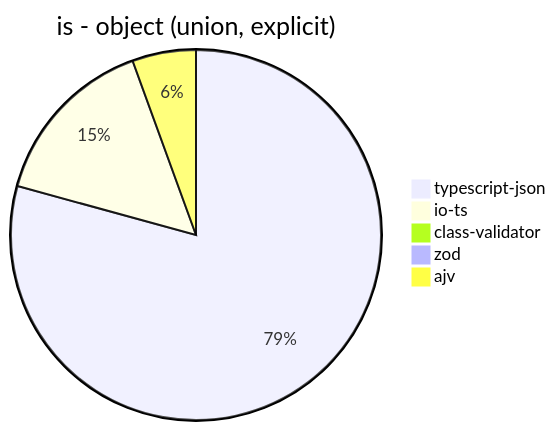
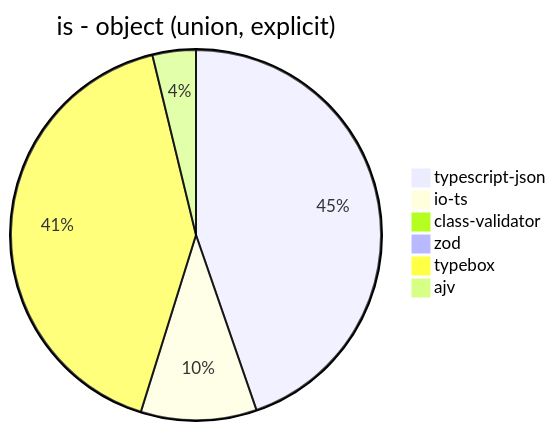
One commit to samchon/typia changed the third of 39 diagrams in benchmark/results/AMD Ryzen 7 5800H with Radeon Graphics.md. Above: the diagram before and after it, drawn with Mermaid. The commit also changed other lines of this file and 6 other files, not shown here.

````diff
--- a/benchmark/results/AMD Ryzen 7 5800H with Radeon Graphics.md
+++ b/benchmark/results/AMD Ryzen 7 5800H with Radeon Graphics.md
@@ -41,8 +43,9 @@
 ```mermaid
 pie title is - object (union, explicit)
-  "typescript-json": 17086.15649183147
-  "io-ts": 3271.8195266272187
-  "class-validator": 16.328727794724564
-  "zod": 34.571062740076826
-  "ajv": 1197.5418596366228
+  "typescript-json": 14436.2611383888
+  "io-ts": 3263.529849358378
+  "class-validator": 15.944917557528537
+  "zod": 32.939933063237625
+  "typebox": 13369.222303741746
+  "ajv": 1222.5249772933696
 ```
````
